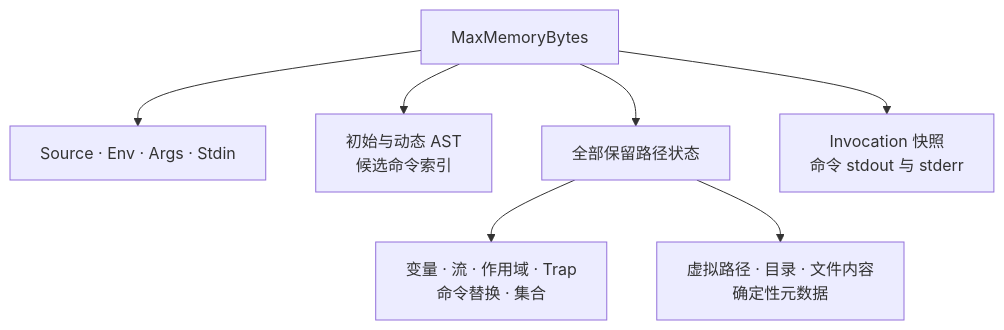
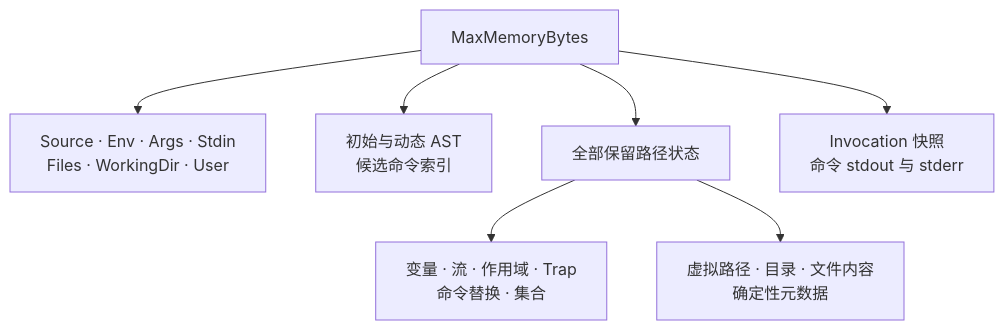
One commit to nullptrpanic/libcommand changed the sixth of 7 diagrams in README.zh-CN.md. Above: the diagram before and after it, drawn with Mermaid. The commit also changed other lines of this file and 3 other files, not shown here.

````diff
--- a/README.zh-CN.md
+++ b/README.zh-CN.md
@@ -433,17 +460,17 @@
 ```mermaid
 flowchart TB
     Limit["MaxMemoryBytes"]
-    Request["Source · Env · Args · Stdin"]
+    Request["Source · Env · Args · Stdin<br/>Files · WorkingDir · User"]
     Syntax["初始与动态 AST<br/>候选命令索引"]
     States["全部保留路径状态"]
     Data["变量 · 流 · 作用域 · Trap<br/>命令替换 · 集合"]
     Files["虚拟路径 · 目录 · 文件内容<br/>确定性元数据"]
     Calls["Invocation 快照<br/>命令 stdout 与 stderr"]
 
     Limit --> Request
     Limit --> Syntax
     Limit --> States
     States --> Data
     States --> Files
     Limit --> Calls
 ```
````
